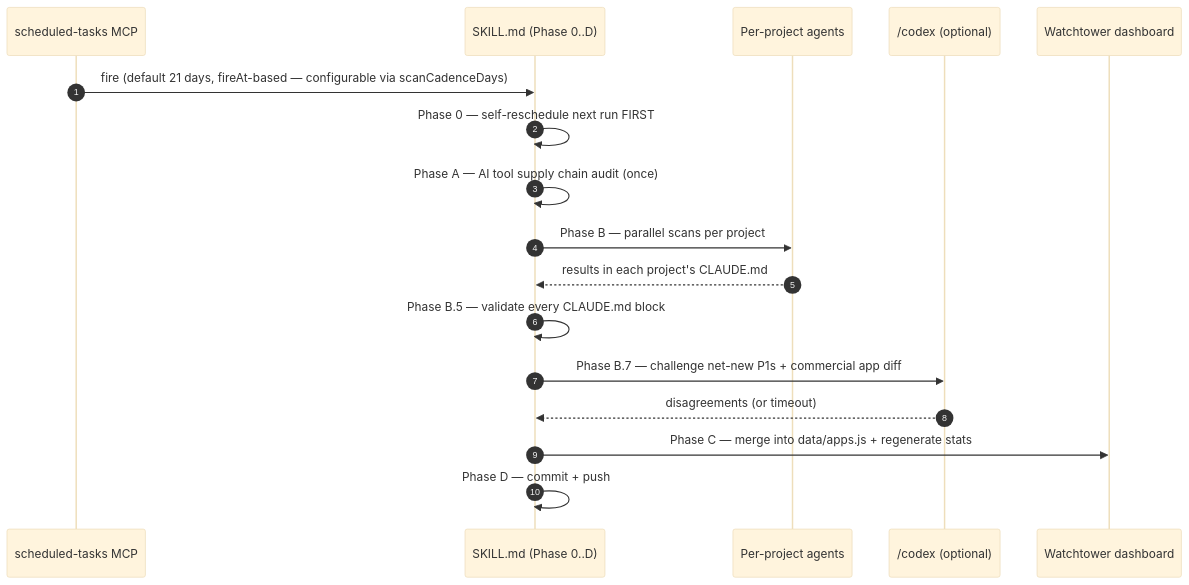
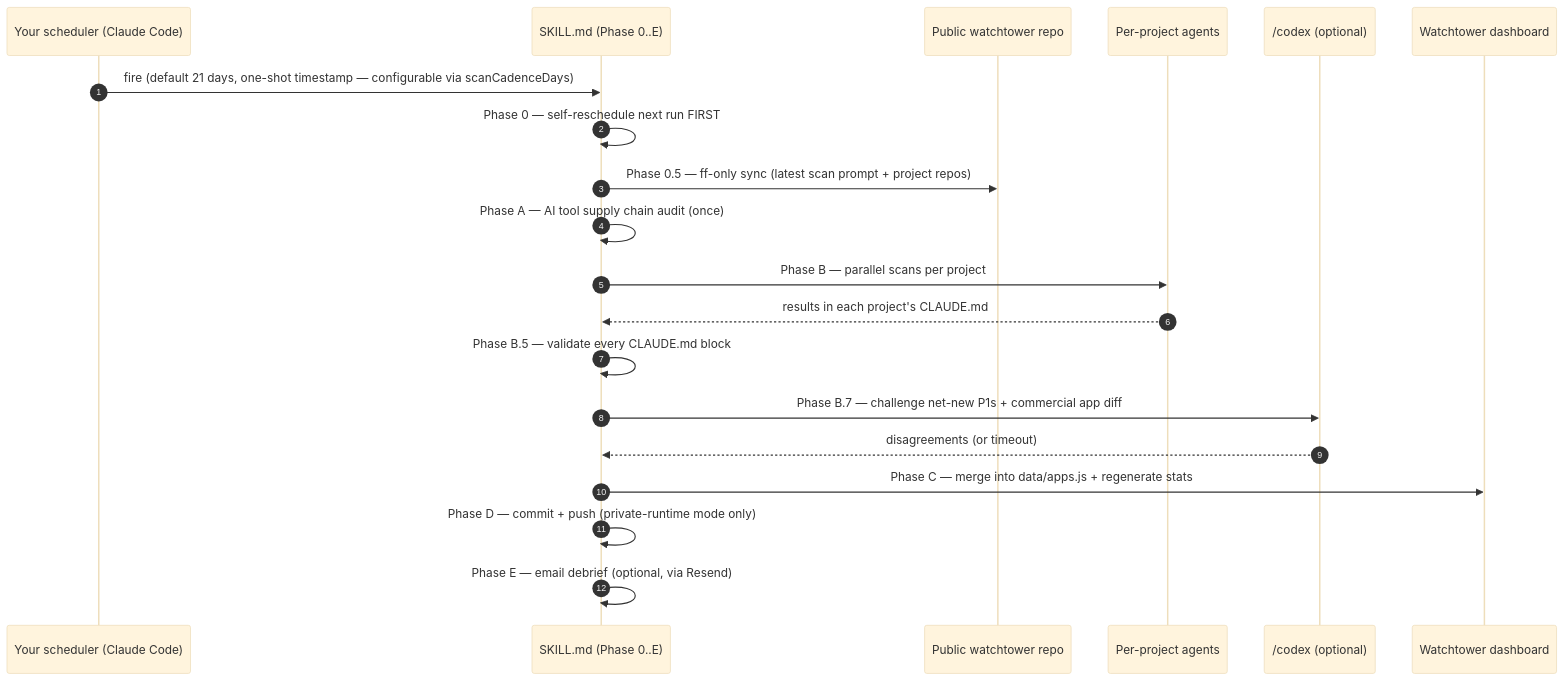
The second of 2 diagrams in README.md (galengrimm-code/watchtower), drawn with Mermaid (base theme) before and after one commit. The commit also changed other lines of this file and 3 other files, not shown here.

````diff
--- a/README.md
+++ b/README.md
@@ -71,20 +73,23 @@
 ```mermaid
 sequenceDiagram
     autonumber
-    participant Cron as scheduled-tasks MCP
-    participant Skill as SKILL.md (Phase 0..D)
+    participant Sched as Your scheduler (Claude Code)
+    participant Skill as SKILL.md (Phase 0..E)
+    participant Pub as Public watchtower repo
     participant Code as Per-project agents
     participant Codex as /codex (optional)
     participant Dash as Watchtower dashboard
 
-    Cron->>Skill: fire (default 21 days, fireAt-based — configurable via scanCadenceDays)
+    Sched->>Skill: fire (default 21 days, one-shot timestamp — configurable via scanCadenceDays)
     Skill->>Skill: Phase 0 — self-reschedule next run FIRST
+    Skill->>Pub: Phase 0.5 — ff-only sync (latest scan prompt + project repos)
     Skill->>Skill: Phase A — AI tool supply chain audit (once)
     Skill->>Code: Phase B — parallel scans per project
     Code-->>Skill: results in each project's CLAUDE.md
     Skill->>Skill: Phase B.5 — validate every CLAUDE.md block
     Skill->>Codex: Phase B.7 — challenge net-new P1s + commercial app diff
     Codex-->>Skill: disagreements (or timeout)
     Skill->>Dash: Phase C — merge into data/apps.js + regenerate stats
-    Skill->>Skill: Phase D — commit + push
+    Skill->>Skill: Phase D — commit + push (private-runtime mode only)
+    Skill->>Skill: Phase E — email debrief (optional, via Resend)
 ```
````
